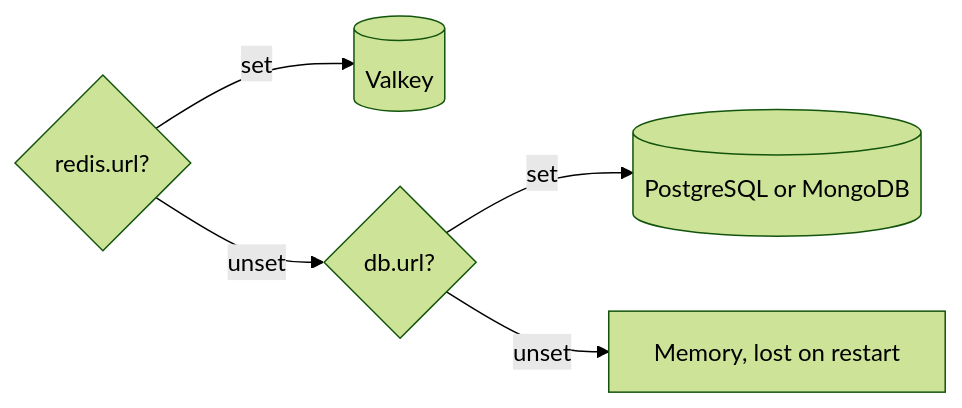
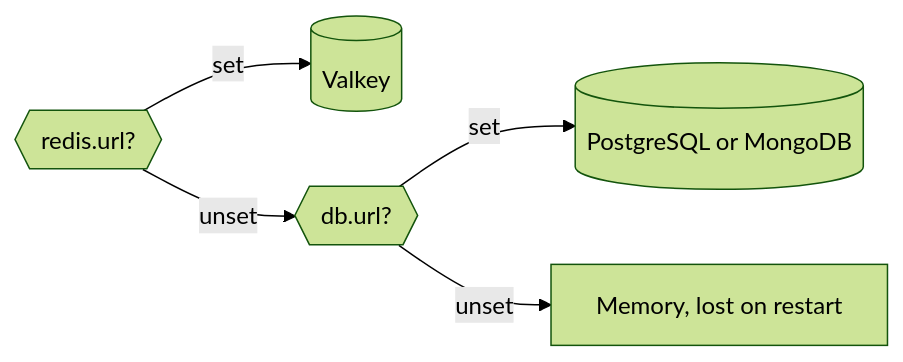
Before and after one commit to ConnorsApps/frigate-notifications: the third of 3 diagrams in docs/how-it-works.md, drawn with Mermaid (forest theme). The commit also changed other lines of this file and 3 other files, not shown here.

First line of the commit message:
Use diagrams and commented examples in place of prose

````diff
--- a/docs/how-it-works.md
+++ b/docs/how-it-works.md
@@ -89,7 +47,7 @@
 ```mermaid
 flowchart LR
-  redis{redis.url?} -->|set| valkey[(Valkey)]
-  redis -->|unset| db{db.url?}
+  redis{{redis.url?}} -->|set| valkey[(Valkey)]
+  redis -->|unset| db{{db.url?}}
   db -->|set| database[(PostgreSQL or MongoDB)]
   db -->|unset| memory[Memory, lost on restart]
 ```
````
